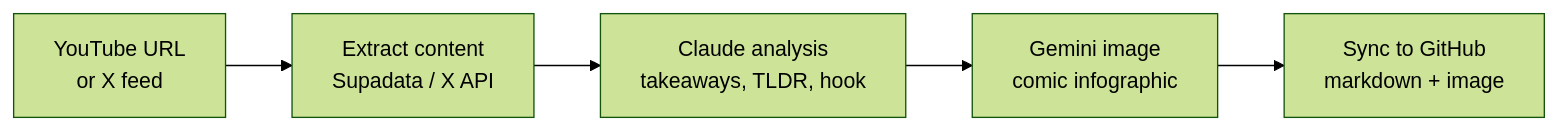
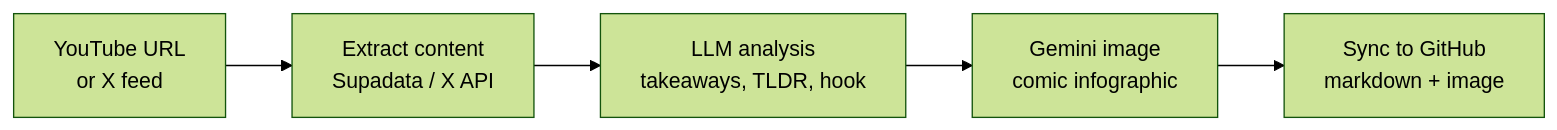
The diagram in README.md (berkayildi/mcp-content-pipeline), drawn with Mermaid (forest theme) before and after one commit. The commit also changed other lines of this file and 8 other files, not shown here.

````diff
--- a/README.md
+++ b/README.md
@@ -10,7 +10,7 @@
 ```mermaid
 flowchart LR
     A[YouTube URL<br/>or X feed] --> B[Extract content<br/>Supadata / X API]
-    B --> C[Claude analysis<br/>takeaways, TLDR, hook]
+    B --> C[LLM analysis<br/>takeaways, TLDR, hook]
     C --> D[Gemini image<br/>comic infographic]
     D --> E[Sync to GitHub<br/>markdown + image]
 ```
````
